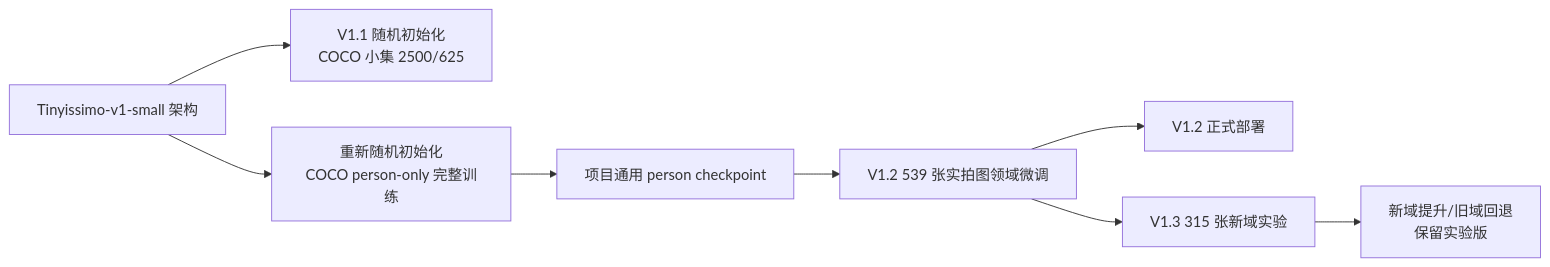
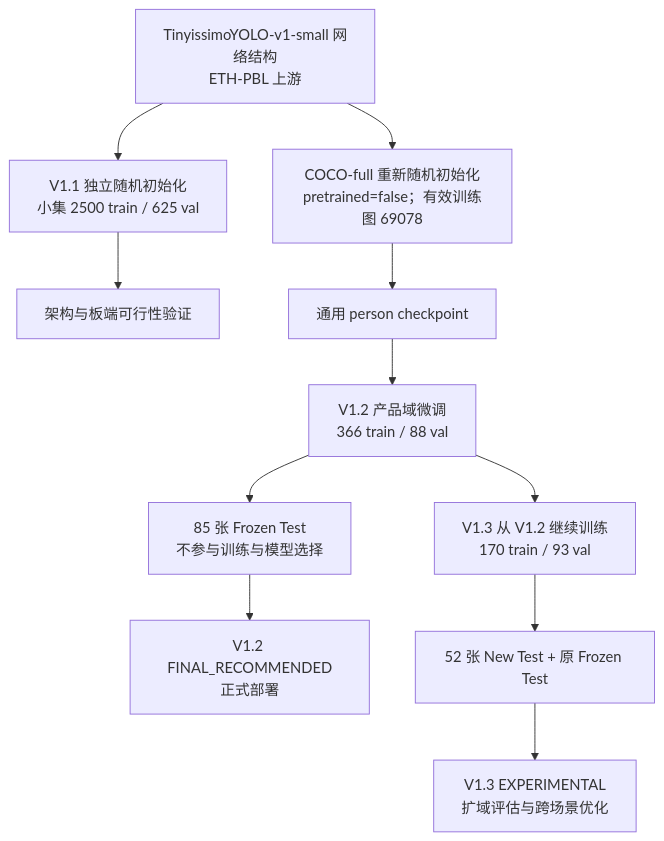
Before and after one commit to Justin-fanfan/Submission_Materials: diagram 12 of 16 in LongPet_产品设计文档.md, drawn with Mermaid. The commit also changed other lines of this file and 2 other files, not shown here.

````diff
--- a/LongPet_产品设计文档.md
+++ b/LongPet_产品设计文档.md
@@ -670,10 +782,13 @@
 ```mermaid
-flowchart LR
-    A[Tinyissimo-v1-small 架构] --> B[V1.1 随机初始化<br/>COCO 小集 2500/625]
-    A --> C[重新随机初始化<br/>COCO person-only 完整训练]
-    C --> D[项目通用 person checkpoint]
-    D --> E[V1.2 539 张实拍图领域微调]
-    E --> F[V1.2 正式部署]
-    E --> G[V1.3 315 张新域实验]
-    G --> H[新域提升/旧域回退<br/>保留实验版]
+flowchart TD
+    A[TinyissimoYOLO-v1-small 网络结构<br/>ETH-PBL 上游] --> B[V1.1 独立随机初始化<br/>小集 2500 train / 625 val]
+    B --> C[架构与板端可行性验证]
+    A --> D[COCO-full 重新随机初始化<br/>pretrained=false；有效训练图 69078]
+    D --> E[通用 person checkpoint]
+    E --> F[V1.2 产品域微调<br/>366 train / 88 val]
+    F --> G[85 张 Frozen Test<br/>不参与训练与模型选择]
+    G --> H[V1.2 FINAL_RECOMMENDED<br/>正式部署]
+    F --> I[V1.3 从 V1.2 继续训练<br/>170 train / 93 val]
+    I --> J[52 张 New Test + 原 Frozen Test]
+    J --> K[V1.3 EXPERIMENTAL<br/>扩域评估与跨场景优化]
 ```
````
